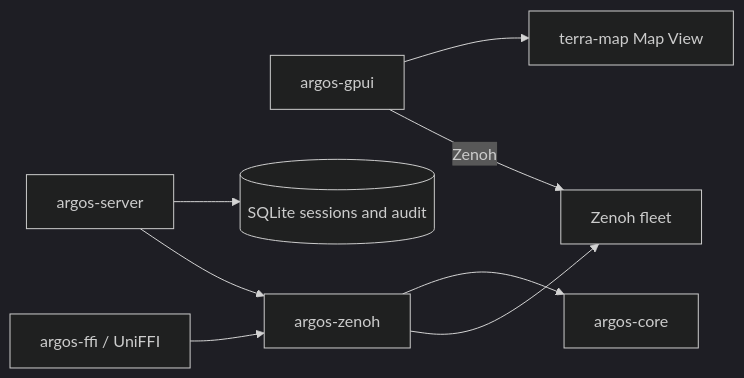
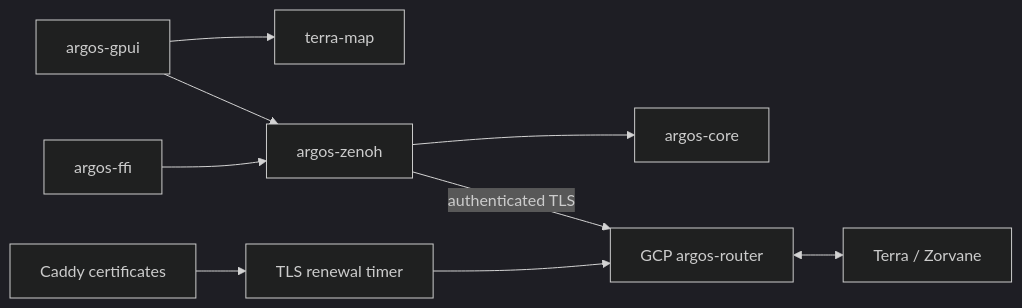
Before and after one commit to Super-Yojan/ARGOS: the diagram in docs/DESIGN.md, drawn with Mermaid (dark theme). The commit also changed other lines of this file and 134 other files, not shown here.

````diff
--- a/docs/DESIGN.md
+++ b/docs/DESIGN.md
@@ -5,10 +7,11 @@
 ```mermaid
 flowchart LR
-  gpui[argos-gpui] --> map[terra-map Map View]
-  gpui -->|Zenoh| bus[Zenoh fleet]
-  service[argos-server] --> store[(SQLite sessions and audit)]
-  service --> zenoh[argos-zenoh]
-  zenoh --> core[argos-core]
-  zenoh --> bus
-  ffi[argos-ffi / UniFFI] --> zenoh
+  gpui[argos-gpui] --> map[terra-map]
+  gpui --> transport[argos-zenoh]
+  transport --> core[argos-core]
+  transport -->|authenticated TLS| router[GCP argos-router]
+  router <--> vehicles[Terra / Zorvane]
+  caddy[Caddy certificates] --> refresh[TLS renewal timer]
+  refresh --> router
+  ffi[argos-ffi] --> transport
 ```
````
